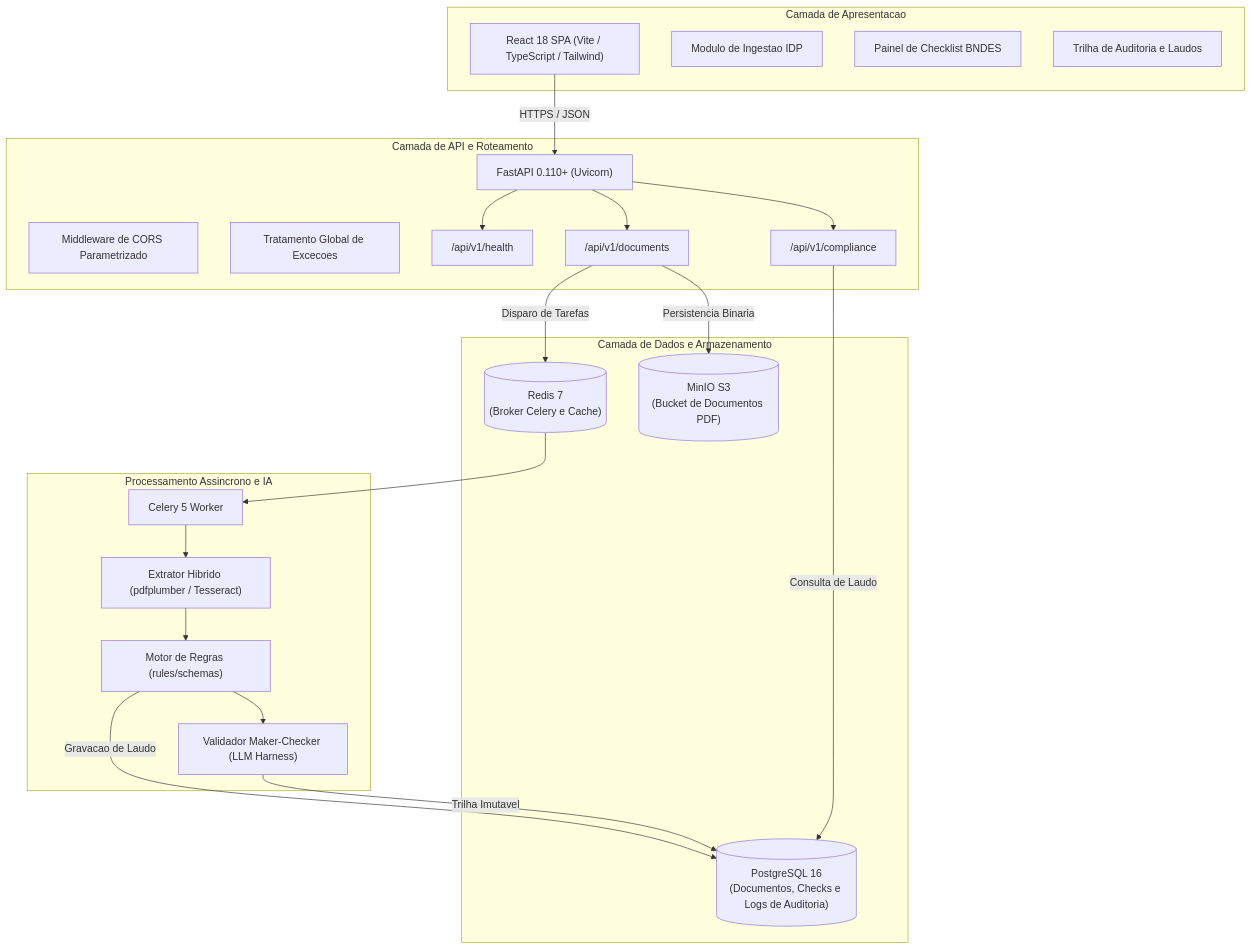
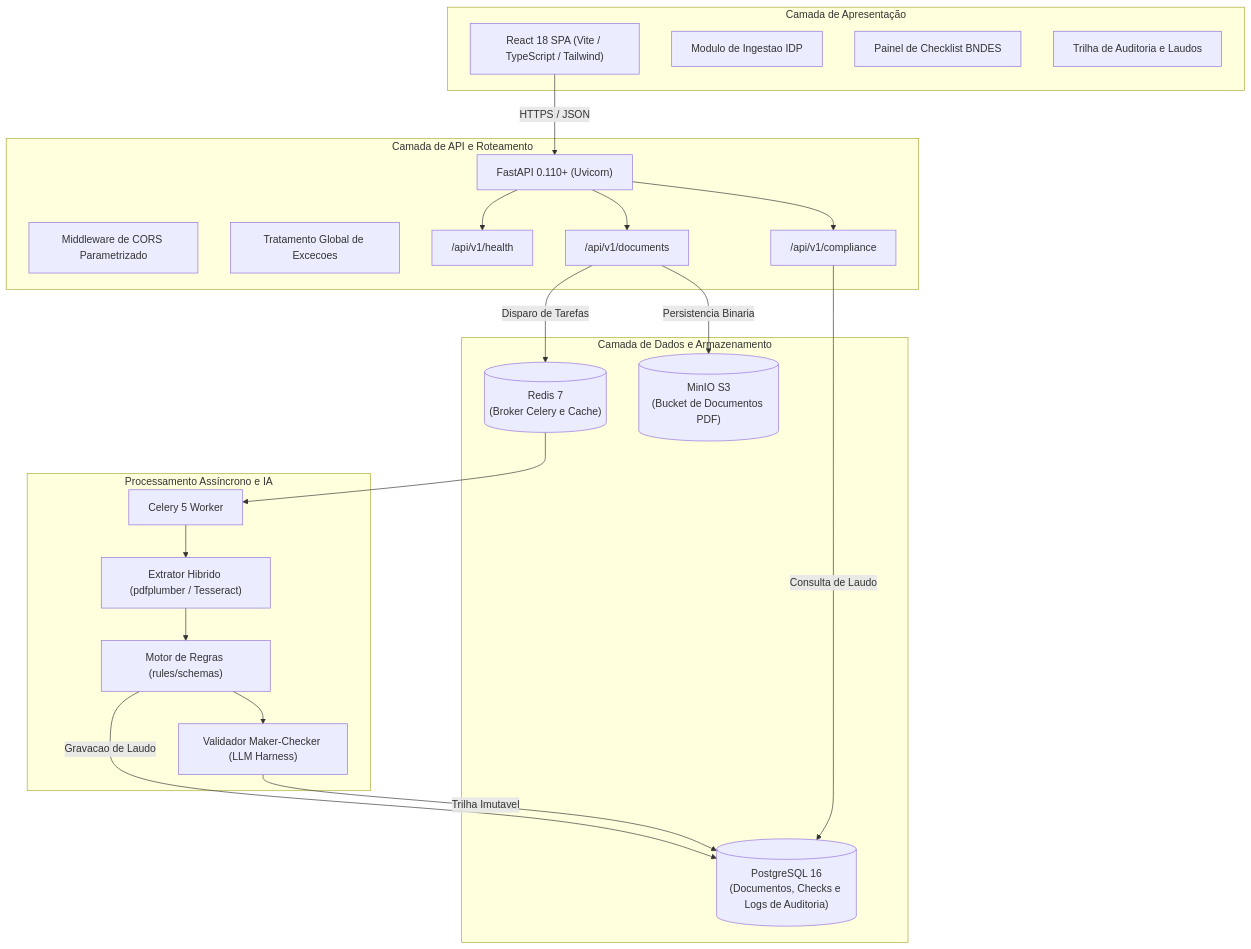
The diagram in docs/architecture/overview.md (conformia-bndes/conformia-platform), drawn with Mermaid before and after one commit. The commit also changed other lines of this file and 21 other files, not shown here.

First line of the commit message:
docs: Refine documentation in requirements and sprints-roadmap

````diff
--- a/docs/architecture/overview.md
+++ b/docs/architecture/overview.md
@@ -9,41 +9,41 @@
 ```mermaid
 flowchart TD
-    subgraph Frontend["Camada de Apresentacao"]
+    subgraph Frontend["Camada de Apresentação"]
         SPA["React 18 SPA (Vite / TypeScript / Tailwind)"]
         UI_Upload["Modulo de Ingestao IDP"]
         UI_Checklist["Painel de Checklist BNDES"]
         UI_Audit["Trilha de Auditoria e Laudos"]
     end
 
     subgraph API_Gateway["Camada de API e Roteamento"]
         FastAPI["FastAPI 0.110+ (Uvicorn)"]
         CORS["Middleware de CORS Parametrizado"]
         ExceptionH["Tratamento Global de Excecoes"]
         Route_Health["/api/v1/health"]
         Route_Docs["/api/v1/documents"]
         Route_Comp["/api/v1/compliance"]
     end
 
-    subgraph Worker_Tier["Processamento Assincrono e IA"]
+    subgraph Worker_Tier["Processamento Assíncrono e IA"]
         CeleryWorker["Celery 5 Worker"]
         IDPExtractor["Extrator Hibrido (pdfplumber / Tesseract)"]
         RulesEngine["Motor de Regras (rules/schemas)"]
         MakerChecker["Validador Maker-Checker (LLM Harness)"]
     end
 
     subgraph Persistence_Tier["Camada de Dados e Armazenamento"]
         Postgres[("PostgreSQL 16\n(Documentos, Checks e Logs de Auditoria)")]
         Redis[("Redis 7\n(Broker Celery e Cache)")]
         MinIO[("MinIO S3\n(Bucket de Documentos PDF)")]
     end
 
     SPA -->|HTTPS / JSON| FastAPI
     FastAPI --> Route_Health & Route_Docs & Route_Comp
     Route_Docs -->|Persistencia Binaria| MinIO
     Route_Docs -->|Disparo de Tarefas| Redis
     Redis --> CeleryWorker
     CeleryWorker --> IDPExtractor --> RulesEngine --> MakerChecker
     RulesEngine -->|Gravacao de Laudo| Postgres
     MakerChecker -->|Trilha Imutavel| Postgres
     Route_Comp -->|Consulta de Laudo| Postgres
 ```
````
